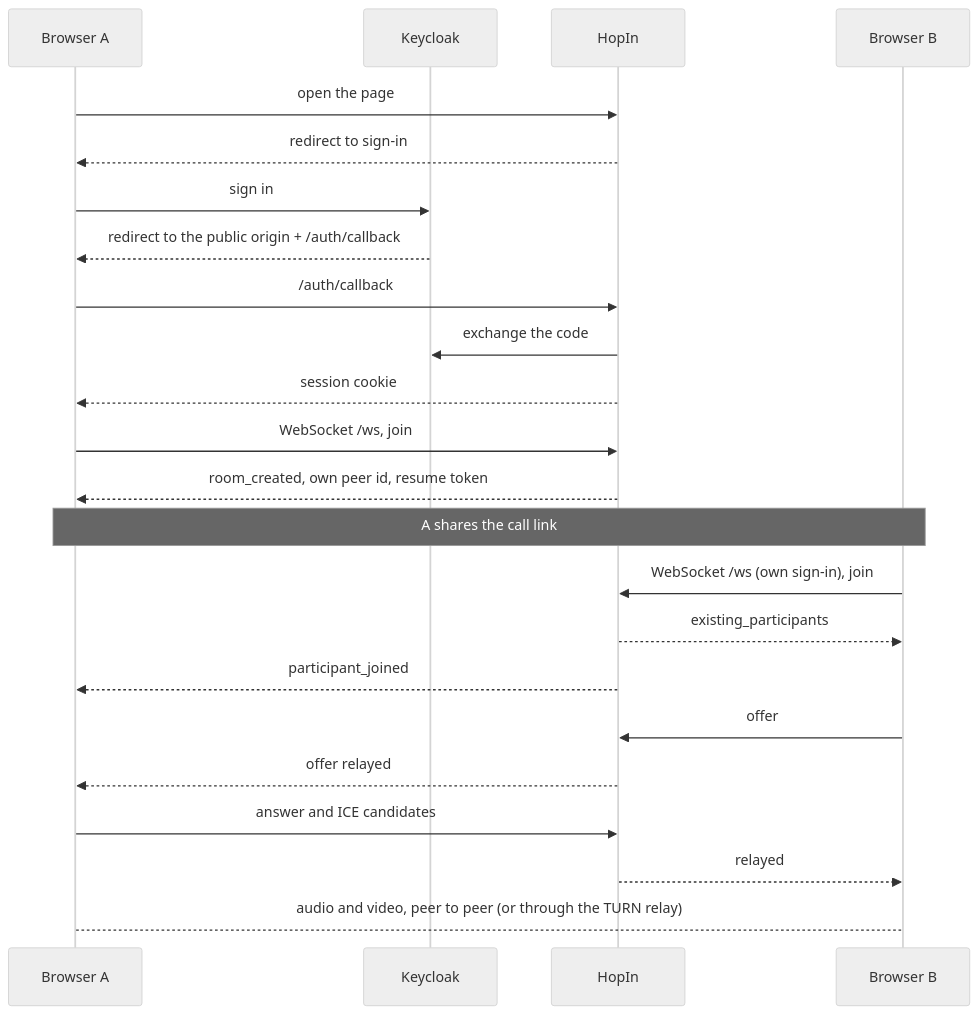
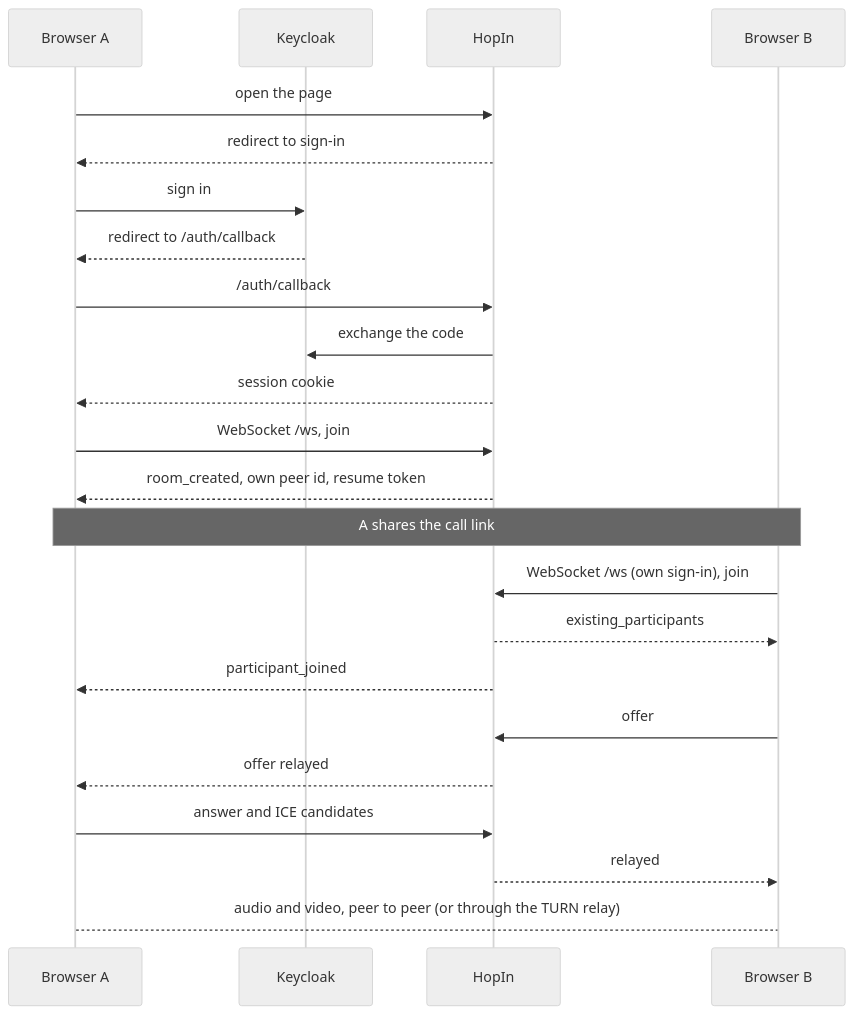
One commit to overnightworks/hopin changed the third of 4 diagrams in docs/ARCHITECTURE.md. Above: the diagram before and after it, drawn with Mermaid (neutral theme). The commit also changed other lines of this file, not shown here.

First line of the commit message:
Rewrite ARCHITECTURE to the architecture-overview skeleton

````diff
--- a/docs/ARCHITECTURE.md
+++ b/docs/ARCHITECTURE.md
@@ -70,25 +78,25 @@
 ```mermaid
 sequenceDiagram
     participant A as Browser A
     participant K as Keycloak
     participant H as HopIn
     participant B as Browser B
     A->>H: open the page
     H-->>A: redirect to sign-in
     A->>K: sign in
-    K-->>A: redirect to the public origin + /auth/callback
+    K-->>A: redirect to /auth/callback
     A->>H: /auth/callback
     H->>K: exchange the code
     H-->>A: session cookie
     A->>H: WebSocket /ws, join
     H-->>A: room_created, own peer id, resume token
     Note over A,B: A shares the call link
     B->>H: WebSocket /ws (own sign-in), join
     H-->>B: existing_participants
     H-->>A: participant_joined
     B->>H: offer
     H-->>A: offer relayed
     A->>H: answer and ICE candidates
     H-->>B: relayed
     A-->B: audio and video, peer to peer (or through the TURN relay)
 ```
````
